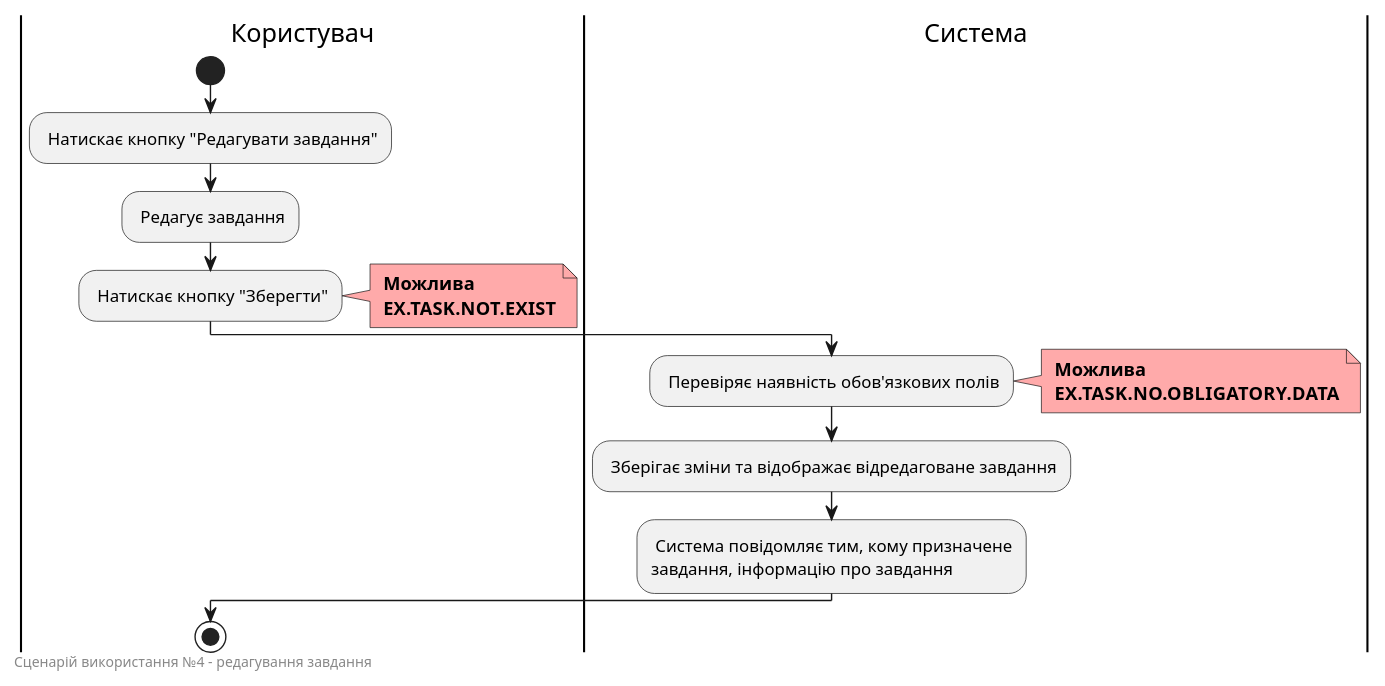
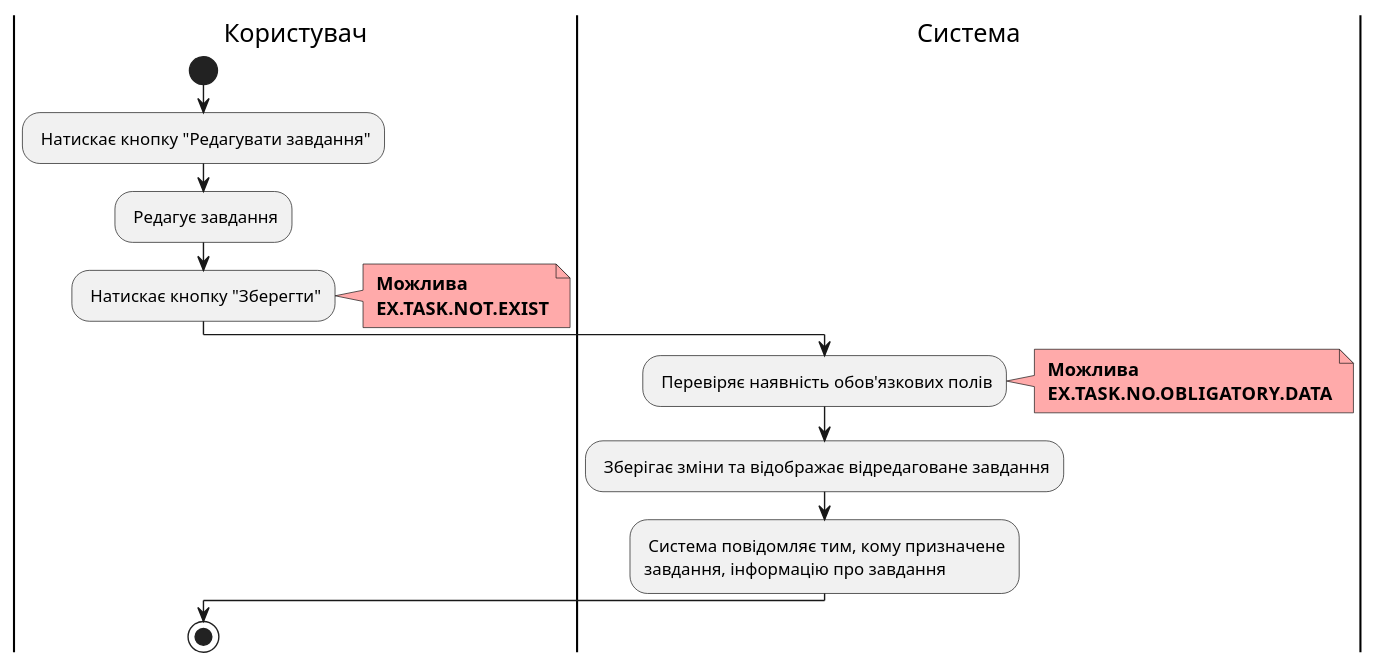
The ninth of 9 diagrams in docs/use cases/README.md (edu-db/edu_db_labs), drawn with PlantUML before and after one commit. The commit also changed other lines of this file and 1 other file, not shown here.

Commit message:
edit stakeholders-needs and use-case diagrams

```diff
--- a/docs/use cases/README.md
+++ b/docs/use cases/README.md
@@ -386,30 +414,26 @@
 @startuml
 
     |Користувач|
         start
         : Натискає кнопку "Редагувати завдання";
         : Редагує завдання;
         : Натискає кнопку "Зберегти";
         note right #ffaaaa
         <b> Можлива
         <b> EX.TASK.NOT.EXIST
         end note
 
     |Система|
         : Перевіряє наявність обов'язкових полів;
         note right #ffaaaa
         <b> Можлива
         <b> EX.TASK.NO.OBLIGATORY.DATA
         end note
         : Зберігає зміни та відображає відредаговане завдання;
         : Система повідомляє тим, кому призначене 
         завдання, інформацію про завдання;
   
     |Користувач|
         stop;
 
-    left footer
-        Сценарій використання №4 - редагування завдання
-    end footer
-
 @enduml
```
